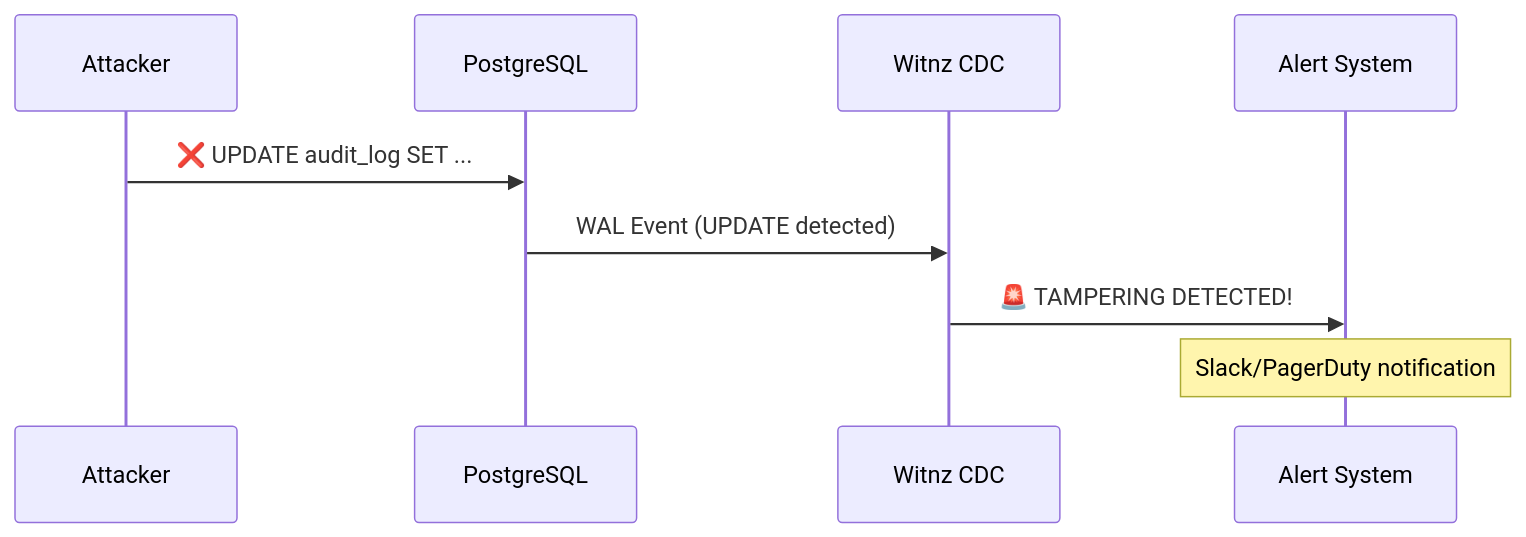
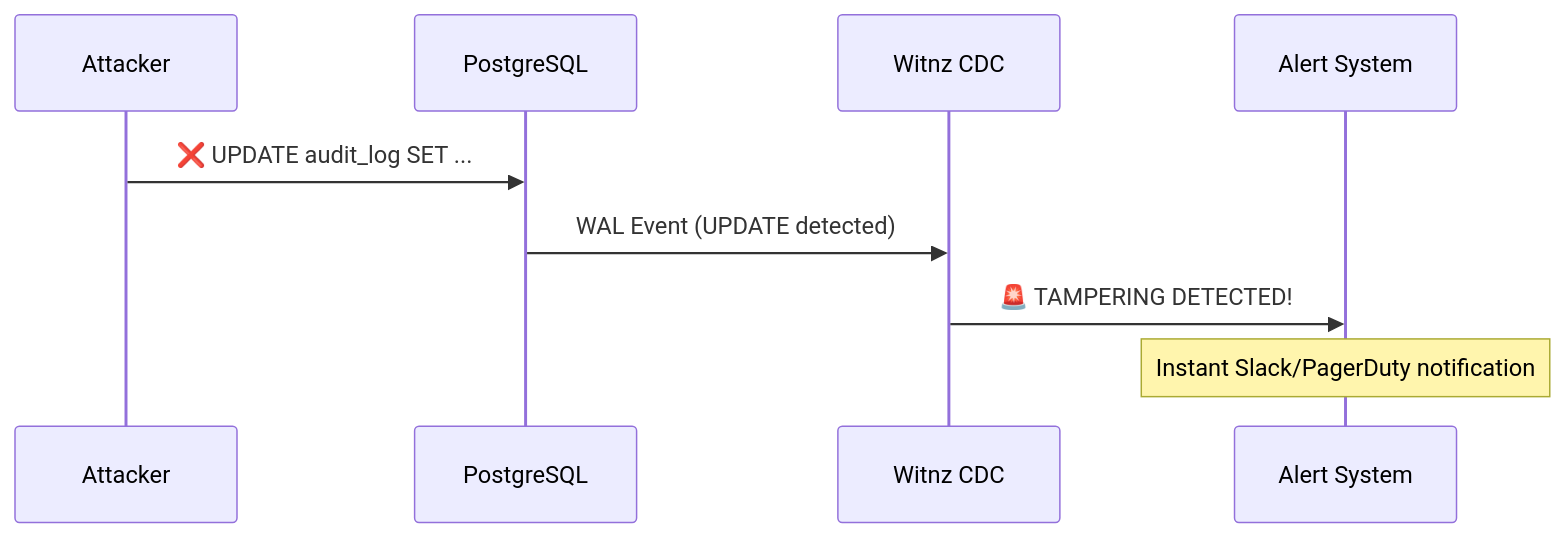
One commit to Anes1032/witnz changed the third of 4 diagrams in README.md. Above: the diagram before and after it, drawn with Mermaid. The commit also changed other lines of this file and 25 other files, not shown here.

````diff
--- a/README.md
+++ b/README.md
@@ -88,12 +118,12 @@
 ```mermaid
 sequenceDiagram
     participant Attacker as Attacker
     participant PG as PostgreSQL
     participant CDC as Witnz CDC
     participant Alert as Alert System
 
     Attacker->>PG: ❌ UPDATE audit_log SET ...
     PG->>CDC: WAL Event (UPDATE detected)
     CDC->>Alert: 🚨 TAMPERING DETECTED!
-    Note over Alert: Slack/PagerDuty notification
+    Note over Alert: Instant Slack/PagerDuty notification
 ```
````
